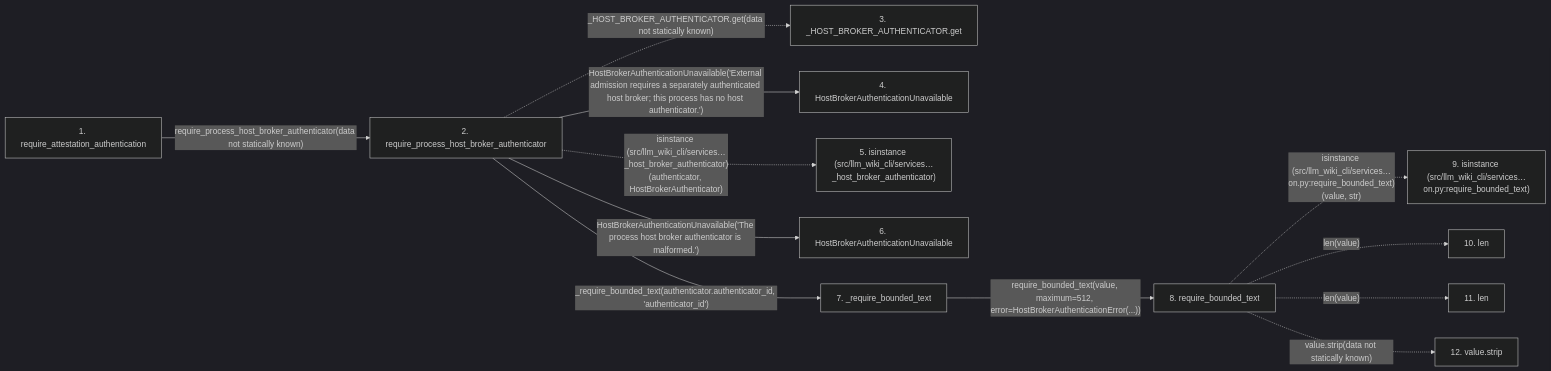
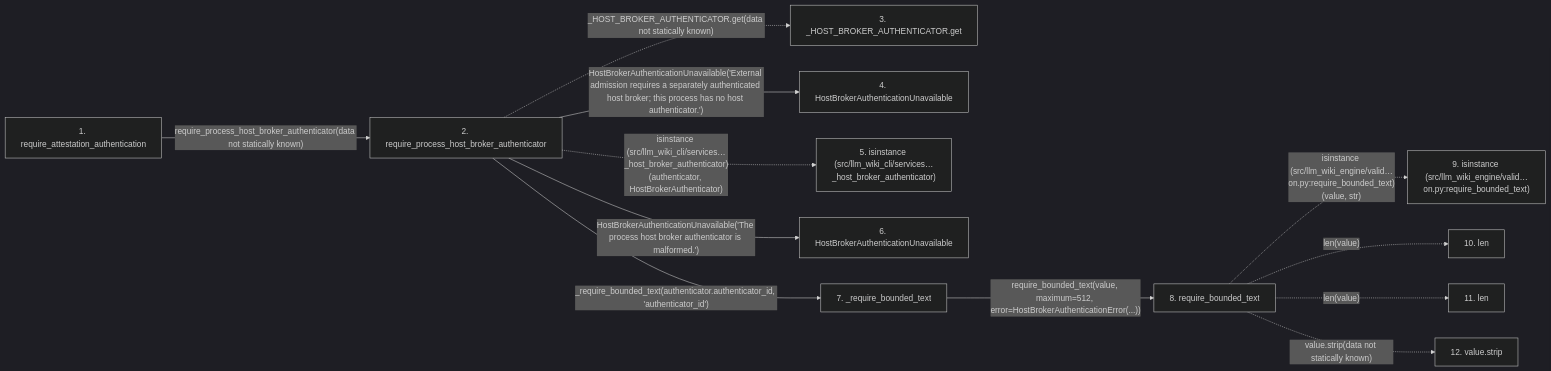
Before and after one commit to Denissvgn/python-wiki-llm: the second of 2 diagrams in docs/llm_wiki/flows/api-require_attestation_authentication.md, drawn with Mermaid (dark theme). The commit also changed other lines of this file and 1103 other files, not shown here.

First line of the commit message:
docs: refresh the wiki for the llm-wiki-engine distribution

````diff
--- a/docs/llm_wiki/flows/api-require_attestation_authentication.md
+++ b/docs/llm_wiki/flows/api-require_attestation_authentication.md
@@ -85,32 +85,32 @@
 ```mermaid
 flowchart LR
     s1["1. require_attestation_authentication"]
     s2["2. require_process_host_broker_authenticator"]
     s3["3. _HOST_BROKER_AUTHENTICATOR.get"]
     s4["4. HostBrokerAuthenticationUnavailable"]
     s5["5. isinstance (src/llm_wiki_cli/services…_host_broker_authenticator)"]
     s6["6. HostBrokerAuthenticationUnavailable"]
     s7["7. _require_bounded_text"]
     s8["8. require_bounded_text"]
-    s9["9. isinstance (src/llm_wiki_cli/services…on.py:require_bounded_text)"]
+    s9["9. isinstance (src/llm_wiki_engine/valid…on.py:require_bounded_text)"]
     s10["10. len"]
     s11["11. len"]
     s12["12. value.strip"]
     s1 -->|"require_process_host_broker_authenticator(data not statically known)"| s2
     s2 -. "_HOST_BROKER_AUTHENTICATOR.get(data not statically known)" .-> s3
     s2 -->|"HostBrokerAuthenticationUnavailable('External admission requires a separately authenticated host broker; this process has no host authenticator.')"| s4
     s2 -. "isinstance (src/llm_wiki_cli/services…_host_broker_authenticator)(authenticator, HostBrokerAuthenticator)" .-> s5
     s2 -->|"HostBrokerAuthenticationUnavailable('The process host broker authenticator is malformed.')"| s6
     s2 -->|"_require_bounded_text(authenticator.authenticator_id, 'authenticator_id')"| s7
     s7 -->|"require_bounded_text(value, maximum=512, error=HostBrokerAuthenticationError(...))"| s8
-    s8 -. "isinstance (src/llm_wiki_cli/services…on.py:require_bounded_text)(value, str)" .-> s9
+    s8 -. "isinstance (src/llm_wiki_engine/valid…on.py:require_bounded_text)(value, str)" .-> s9
     s8 -. "len(value)" .-> s10
     s8 -. "len(value)" .-> s11
     s8 -. "value.strip(data not statically known)" .-> s12
     click s1 "../modules/host_broker.md"
     click s2 "../modules/host_broker.md"
     click s4 "../modules/host_broker.md"
     click s6 "../modules/host_broker.md"
     click s7 "../modules/host_broker.md"
     click s8 "../modules/validation.md"
 ```
````
